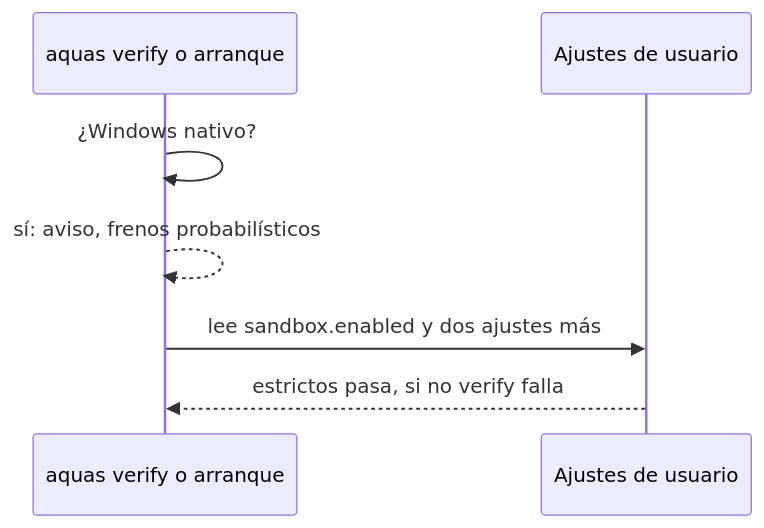
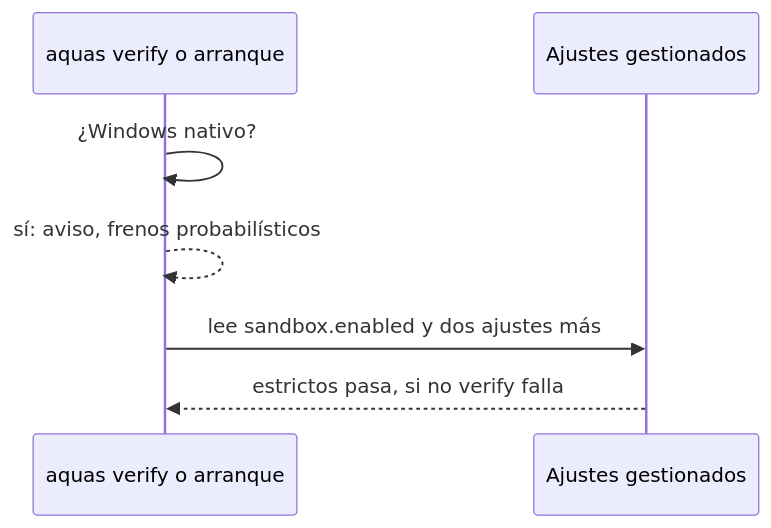
Before and after one commit to jliberal-aquas/aquas-central-harness-government: the diagram in docs/E000/F008/S003.md, drawn with Mermaid. The commit also changed other lines of this file and 63 other files, not shown here.

First line of the commit message:
E000/F008/S003: aislamiento de Bash exigido solo desde ajustes gestionados

````diff
--- a/docs/E000/F008/S003.md
+++ b/docs/E000/F008/S003.md
@@ -56,9 +58,9 @@
 ```mermaid
 sequenceDiagram
     participant V as aquas verify o arranque
-    participant S as Ajustes de usuario
+    participant S as Ajustes gestionados
     V->>V: ¿Windows nativo?
     V-->>V: sí: aviso, frenos probabilísticos
     V->>S: lee sandbox.enabled y dos ajustes más
     S-->>V: estrictos pasa, si no verify falla
 ```
````
